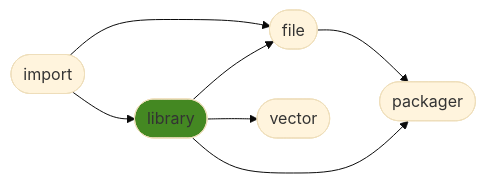
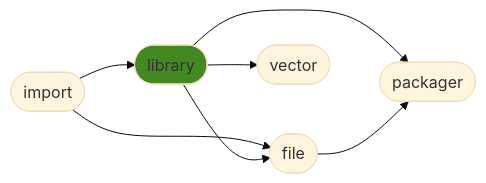
Before and after one commit to ManderaGeneral/generallibrary: the diagram in README.md, drawn with Mermaid (base theme). The commit also changed other lines of this file, not shown here.

````diff
--- a/README.md
+++ b/README.md
@@ -24,15 +24,15 @@
 ```mermaid
 flowchart LR
+1([library]) --> 3([vector])
+1([library]) --> 4([packager])
 0([import]) --> 2([file])
+1([library]) --> 2([file])
 0([import]) --> 1([library])
 2([file]) --> 4([packager])
-1([library]) --> 4([packager])
-1([library]) --> 2([file])
-1([library]) --> 3([vector])
 click 0 "https://github.com/ManderaGeneral/generalimport"
 click 1 "https://github.com/ManderaGeneral/generallibrary"
 click 2 "https://github.com/ManderaGeneral/generalfile"
 click 3 "https://github.com/ManderaGeneral/generalvector"
 click 4 "https://github.com/ManderaGeneral/generalpackager"
 style 1 fill:#482
 ```
````
